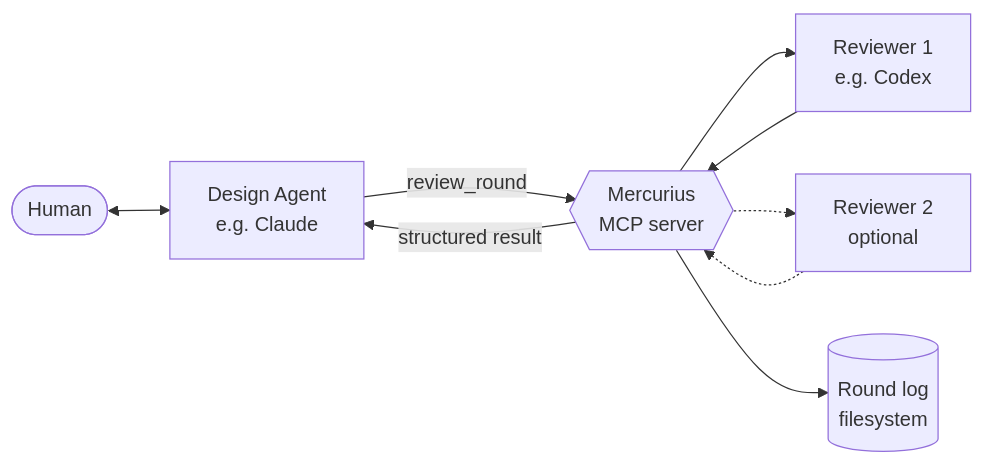
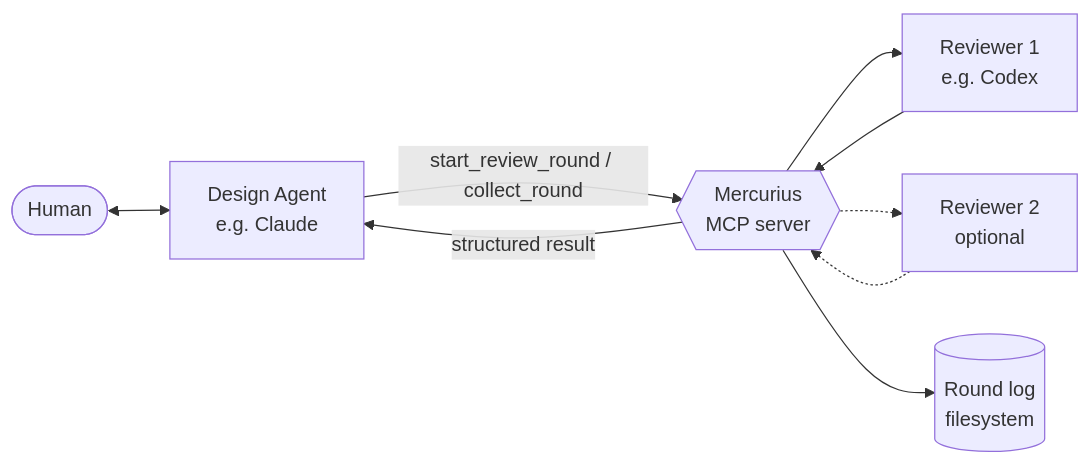
The diagram in docs/design.md (michaelquigley/mercurius), drawn with Mermaid before and after one commit. The commit also changed other lines of this file and 7 other files, not shown here.

````diff
--- a/docs/design.md
+++ b/docs/design.md
@@ -38,18 +38,18 @@
 ```mermaid
 flowchart LR
     Human([Human])
     DA[Design Agent<br/>e.g. Claude]
     M{{Mercurius<br/>MCP server}}
     R1[Reviewer 1<br/>e.g. Codex]
     R2[Reviewer 2<br/>optional]
     Log[(Round log<br/>filesystem)]
 
     Human <--> DA
-    DA -- review_round --> M
+    DA -- start_review_round / collect_round --> M
     M --> R1
     M -.-> R2
     R1 --> M
     R2 -.-> M
     M --> Log
     M -- structured result --> DA
 ```
````
